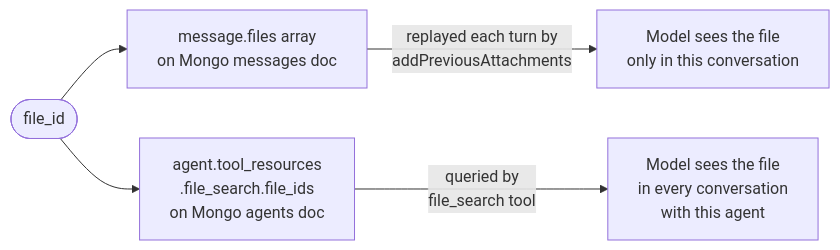
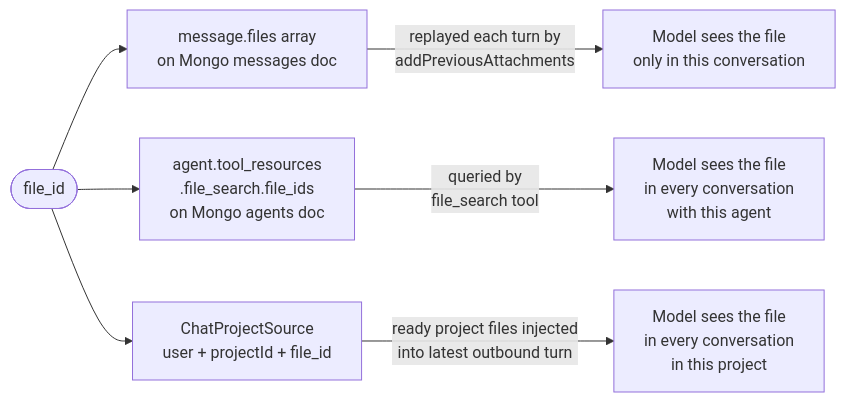
The second of 3 diagrams in knauf/docs/architecture/files/overview.md (Falenos/LibreChat), drawn with Mermaid before and after one commit. The commit also changed other lines of this file and 8 other files, not shown here.

````diff
--- a/knauf/docs/architecture/files/overview.md
+++ b/knauf/docs/architecture/files/overview.md
@@ -151,10 +164,12 @@
 ```mermaid
 flowchart LR
     F([file_id])
 
     F --> M[message.files array<br/>on Mongo messages doc]
     F --> A[agent.tool_resources<br/>.file_search.file_ids<br/>on Mongo agents doc]
+    F --> P[ChatProjectSource<br/>user + projectId + file_id]
 
     M -->|replayed each turn by<br/>addPreviousAttachments| MC[Model sees the file<br/>only in this conversation]
     A -->|queried by<br/>file_search tool| AC[Model sees the file<br/>in every conversation<br/>with this agent]
+    P -->|ready project files injected<br/>into latest outbound turn| PC[Model sees the file<br/>in every conversation<br/>in this project]
 ```
````
